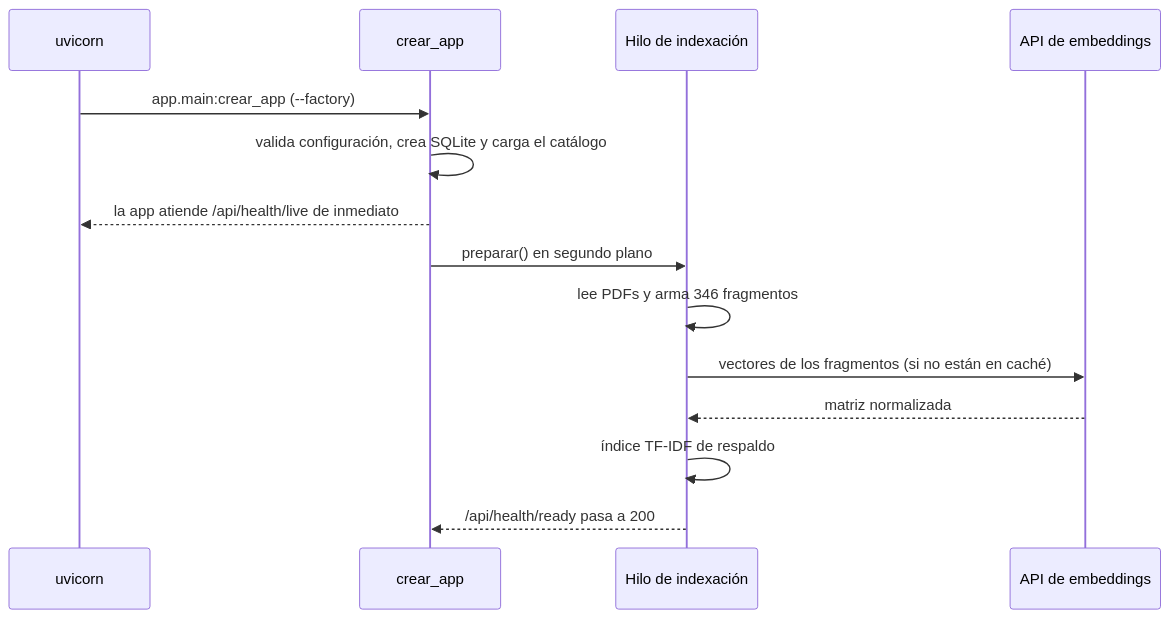
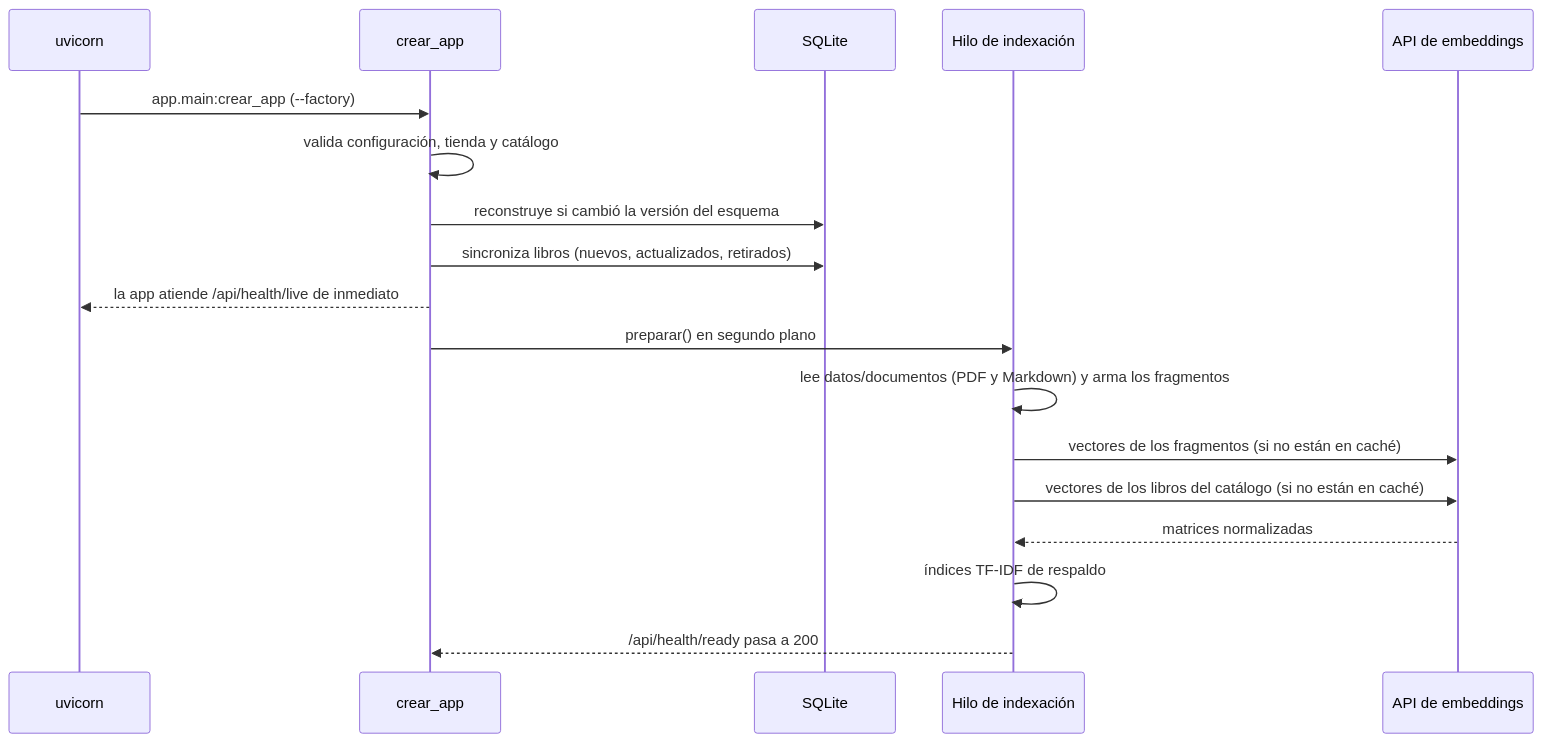
The first of 4 diagrams in docs/arquitectura.md (MechatronicCoder/chatbot-llm-rag), drawn with Mermaid before and after one commit. The commit also changed other lines of this file and 76 other files, not shown here.

First line of the commit message:
feat: catálogo de libros y recomendador híbrido

````diff
--- a/docs/arquitectura.md
+++ b/docs/arquitectura.md
@@ -34,16 +54,20 @@
 ```mermaid
 sequenceDiagram
     participant U as uvicorn
     participant A as crear_app
+    participant D as SQLite
     participant H as Hilo de indexación
     participant E as API de embeddings
     U->>A: app.main:crear_app (--factory)
-    A->>A: valida configuración, crea SQLite y carga el catálogo
+    A->>A: valida configuración, tienda y catálogo
+    A->>D: reconstruye si cambió la versión del esquema
+    A->>D: sincroniza libros (nuevos, actualizados, retirados)
     A-->>U: la app atiende /api/health/live de inmediato
     A->>H: preparar() en segundo plano
-    H->>H: lee PDFs y arma 346 fragmentos
+    H->>H: lee datos/documentos (PDF y Markdown) y arma los fragmentos
     H->>E: vectores de los fragmentos (si no están en caché)
-    E-->>H: matriz normalizada
-    H->>H: índice TF-IDF de respaldo
+    H->>E: vectores de los libros del catálogo (si no están en caché)
+    E-->>H: matrices normalizadas
+    H->>H: índices TF-IDF de respaldo
     H-->>A: /api/health/ready pasa a 200
 ```
````
